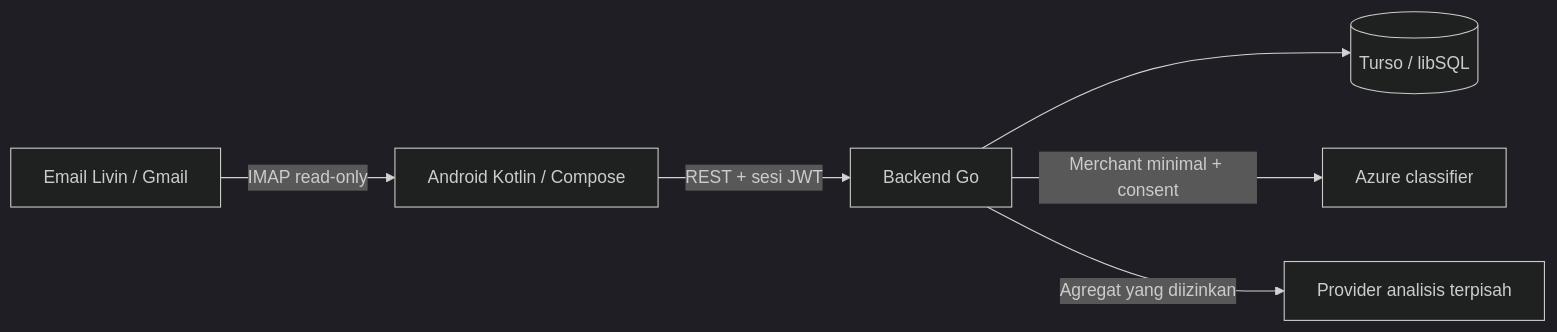
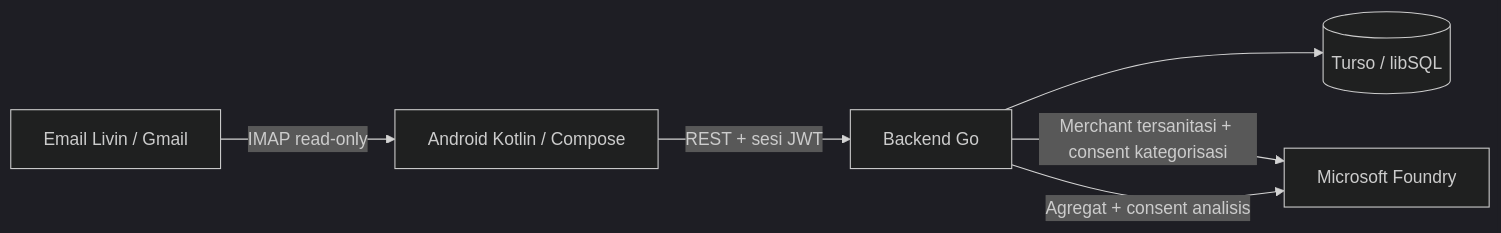
Before and after one commit to NDI05/0037_FinancialMobile: the diagram in README.md, drawn with Mermaid (dark theme). The commit also changed other lines of this file and 14 other files, not shown here.

Commit message:
feat(analysis): switch UAT provider to Azure Foundry

````diff
--- a/README.md
+++ b/README.md
@@ -91,8 +92,8 @@
 ```mermaid
 flowchart LR
     Gmail[Email Livin / Gmail] -->|IMAP read-only| Android[Android Kotlin / Compose]
     Android -->|REST + sesi JWT| Go[Backend Go]
     Go --> DB[(Turso / libSQL)]
-    Go -->|Merchant minimal + consent| Azure[Azure classifier]
-    Go -->|Agregat yang diizinkan| Analysis[Provider analisis terpisah]
+    Go -->|Merchant tersanitasi + consent kategorisasi| Azure[Microsoft Foundry]
+    Go -->|Agregat + consent analisis| Azure
 ```
````
